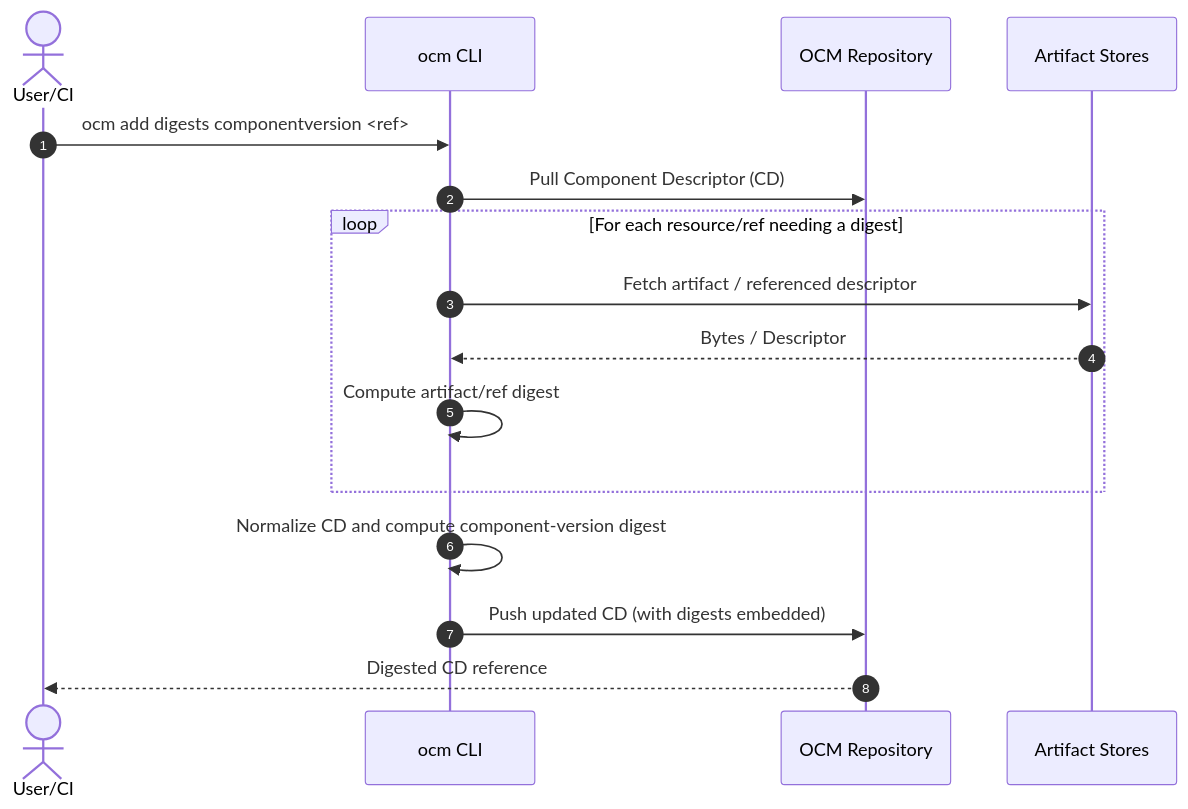
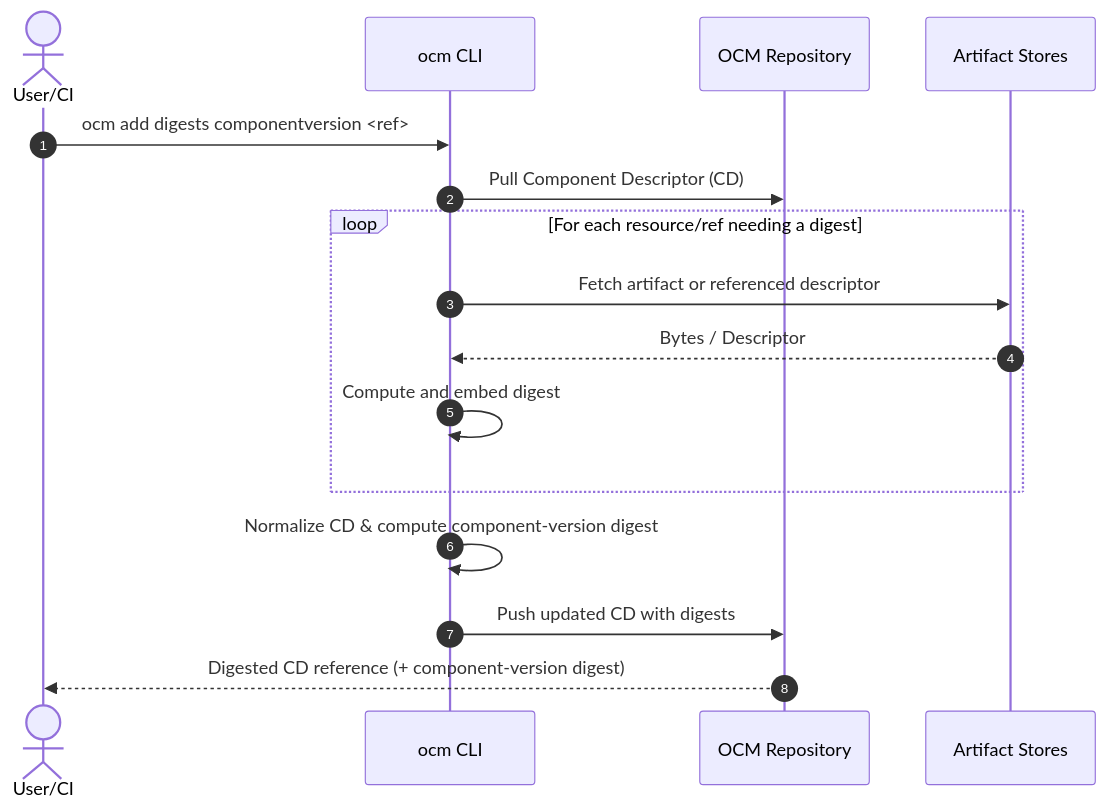
One commit to open-component-model/open-component-model changed the first of 2 diagrams in docs/adr/0008_signing_verification.md. Above: the diagram before and after it, drawn with Mermaid. The commit also changed other lines of this file, not shown here.

````diff
--- a/docs/adr/0008_signing_verification.md
+++ b/docs/adr/0008_signing_verification.md
@@ -99,19 +277,19 @@
 ```mermaid
 sequenceDiagram
 autonumber
 actor U as User/CI
 participant C as ocm CLI
 participant R as OCM Repository
 participant A as Artifact Stores
 
 U->>C: ocm add digests componentversion <ref>
     C->>R: Pull Component Descriptor (CD)
     loop For each resource/ref needing a digest
-    C->>A: Fetch artifact / referenced descriptor
+    C->>A: Fetch artifact or referenced descriptor
     A-->>C: Bytes / Descriptor
-    C->>C: Compute artifact/ref digest
+    C->>C: Compute and embed digest
     end
-    C->>C: Normalize CD and compute component-version digest
-    C->>R: Push updated CD (with digests embedded)
-    R-->>U: Digested CD reference
+    C->>C: Normalize CD & compute component-version digest
+    C->>R: Push updated CD with digests
+    R-->>U: Digested CD reference (+ component-version digest)
 ```
````
